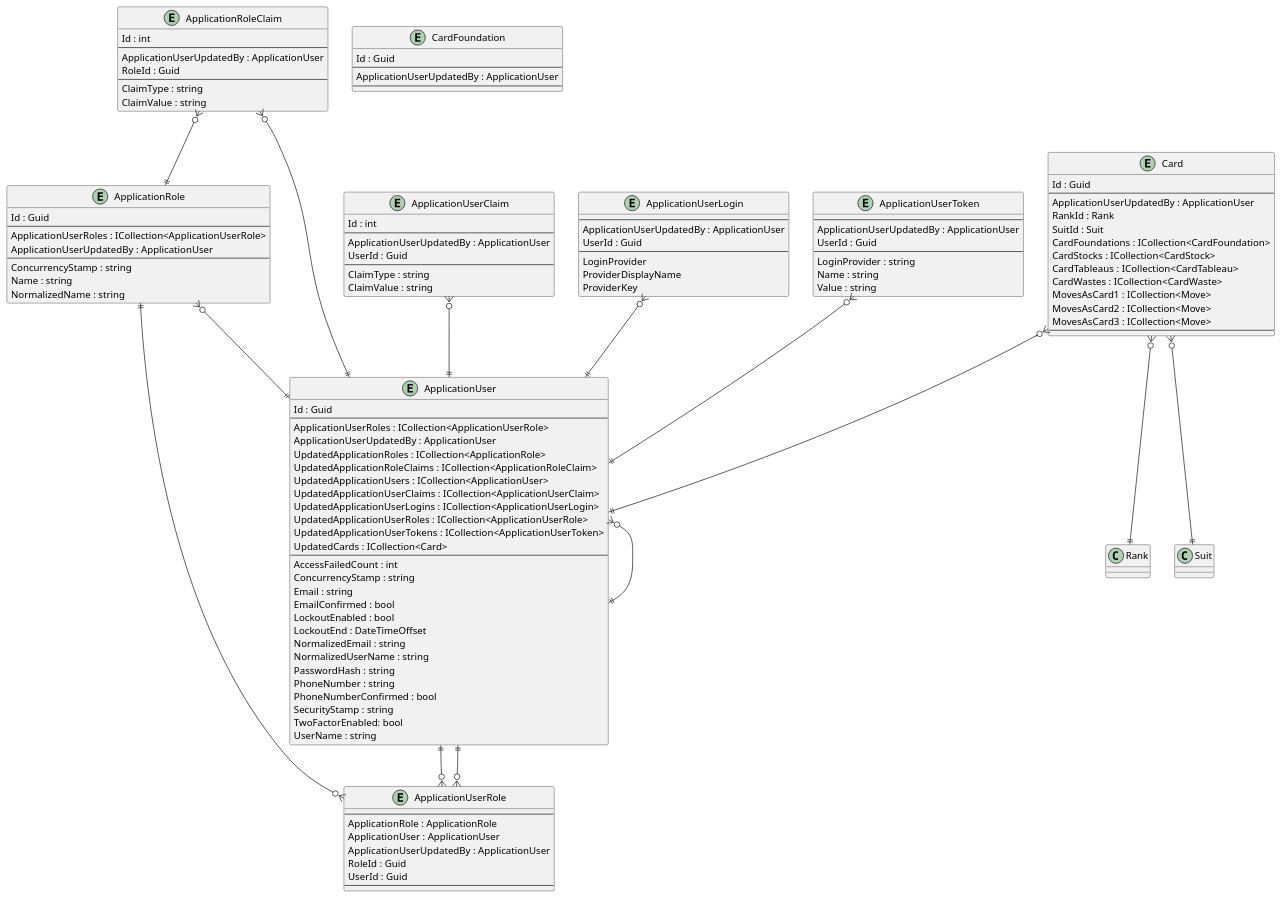
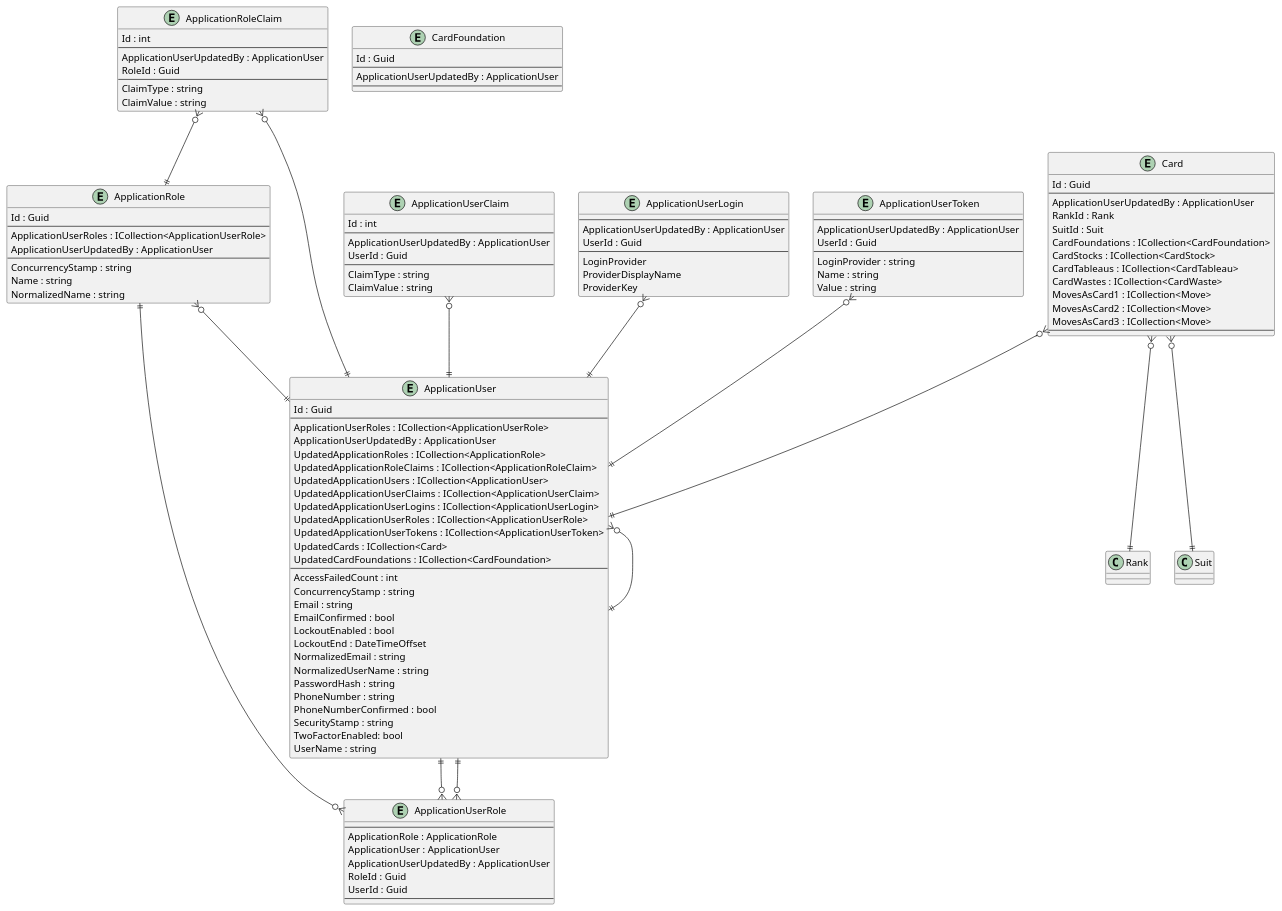
The diagram in .docs/Intrepion.KlondikeSolitaire.pu (intrepion/intrepion_klondike-solitaire_csharp), drawn with PlantUML before and after one commit.

```diff
--- a/.docs/Intrepion.KlondikeSolitaire.pu
+++ b/.docs/Intrepion.KlondikeSolitaire.pu
@@ -1,140 +1,141 @@
 @startuml
 
 entity ApplicationRole {
     Id : Guid
     --
     ApplicationUserRoles : ICollection<ApplicationUserRole>
     ApplicationUserUpdatedBy : ApplicationUser
     --
     ConcurrencyStamp : string
     Name : string
     NormalizedName : string
 }
 
 entity ApplicationRoleClaim {
     Id : int
     --
     ApplicationUserUpdatedBy : ApplicationUser
     RoleId : Guid
     --
     ClaimType : string
     ClaimValue : string
 }
 
 entity ApplicationUser {
     Id : Guid
     --
     ApplicationUserRoles : ICollection<ApplicationUserRole>
     ApplicationUserUpdatedBy : ApplicationUser
     UpdatedApplicationRoles : ICollection<ApplicationRole>
     UpdatedApplicationRoleClaims : ICollection<ApplicationRoleClaim>
     UpdatedApplicationUsers : ICollection<ApplicationUser>
     UpdatedApplicationUserClaims : ICollection<ApplicationUserClaim>
     UpdatedApplicationUserLogins : ICollection<ApplicationUserLogin>
     UpdatedApplicationUserRoles : ICollection<ApplicationUserRole>
     UpdatedApplicationUserTokens : ICollection<ApplicationUserToken>
     UpdatedCards : ICollection<Card>
+    UpdatedCardFoundations : ICollection<CardFoundation>
     ' ApplicationUserKeyCodePlaceholder
     --
     AccessFailedCount : int
     ConcurrencyStamp : string
     Email : string
     EmailConfirmed : bool
     LockoutEnabled : bool
     LockoutEnd : DateTimeOffset
     NormalizedEmail : string
     NormalizedUserName : string
     PasswordHash : string
     PhoneNumber : string
     PhoneNumberConfirmed : bool
     SecurityStamp : string
     TwoFactorEnabled: bool
     UserName : string
 }
 
 entity ApplicationUserClaim {
     Id : int
     --
     ApplicationUserUpdatedBy : ApplicationUser
     UserId : Guid
     --
     ClaimType : string
     ClaimValue : string
 }
 
 entity ApplicationUserLogin {
     --
     ApplicationUserUpdatedBy : ApplicationUser
     UserId : Guid
     --
     LoginProvider
     ProviderDisplayName
     ProviderKey
 }
 
 entity ApplicationUserRole {
     --
     ApplicationRole : ApplicationRole
     ApplicationUser : ApplicationUser
     ApplicationUserUpdatedBy : ApplicationUser
     RoleId : Guid
     UserId : Guid
     --
 }
 
 entity ApplicationUserToken {
     --
     ApplicationUserUpdatedBy : ApplicationUser
     UserId : Guid
     --
     LoginProvider : string
     Name : string
     Value : string
 }
 
 entity Card {
     Id : Guid
     --
     ApplicationUserUpdatedBy : ApplicationUser
     RankId : Rank
     SuitId : Suit
     CardFoundations : ICollection<CardFoundation>
     CardStocks : ICollection<CardStock>
     CardTableaus : ICollection<CardTableau>
     CardWastes : ICollection<CardWaste>
     MovesAsCard1 : ICollection<Move>
     MovesAsCard2 : ICollection<Move>
     MovesAsCard3 : ICollection<Move>
     ' CardKeyCodePlaceholder
     --
     ' CardPropertyCodePlaceholder
 }
 
 entity CardFoundation {
     Id : Guid
     --
     ApplicationUserUpdatedBy : ApplicationUser
     ' CardFoundationKeyCodePlaceholder
     --
     ' CardFoundationPropertyCodePlaceholder
 }
 
 ' EntityCodePlaceholder
 
 ApplicationRole ||--o{ ApplicationUserRole
 ApplicationRole }o--|| ApplicationUser
 ApplicationRoleClaim }o--|| ApplicationRole
 ApplicationRoleClaim }o--|| ApplicationUser
 ApplicationUser }o--|| ApplicationUser
 ApplicationUser ||--o{ ApplicationUserRole
 ApplicationUserClaim }o--|| ApplicationUser
 ApplicationUserLogin }o--|| ApplicationUser
 ApplicationUserRole }o--|| ApplicationUser
 ApplicationUserToken }o--|| ApplicationUser
 
 Card }o--|| ApplicationUser
 Card }o--|| Rank
 Card }o--|| Suit
 ' RelationshipCodePlaceholder
 
 @enduml
```
